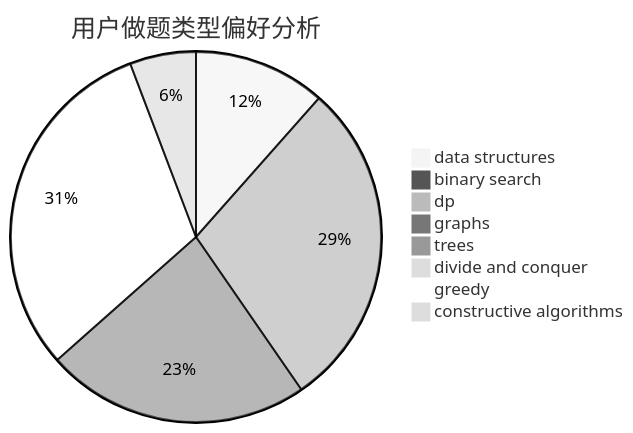
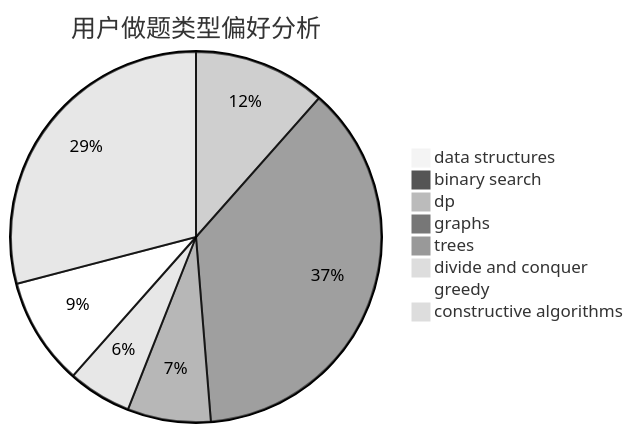
One commit to sherpahu/cfrs.github.io changed the second of 3 diagrams in docs/user/u312.md. Above: the diagram before and after it, drawn with Mermaid (neutral theme). The commit also changed other lines of this file and 2770 other files, not shown here.

````diff
--- a/docs/user/u312.md
+++ b/docs/user/u312.md
@@ -23,11 +23,11 @@
 ```mermaid
 pie title 用户做题类型偏好分析
-    "data structures" :  6
+    "data structures" :  0
     "binary search" :  0
-    "dp" :  15
-    "graphs" :  0
-    "trees" :  12
-    "divide and conquer" :  0
-    "greedy" :  16
-    "constructive algorithms" :  3
+    "dp" :  27
+    "graphs" :  87
+    "trees" :  17
+    "divide and conquer" :  13
+    "greedy" :  22
+    "constructive algorithms" :  68
 ```
````
